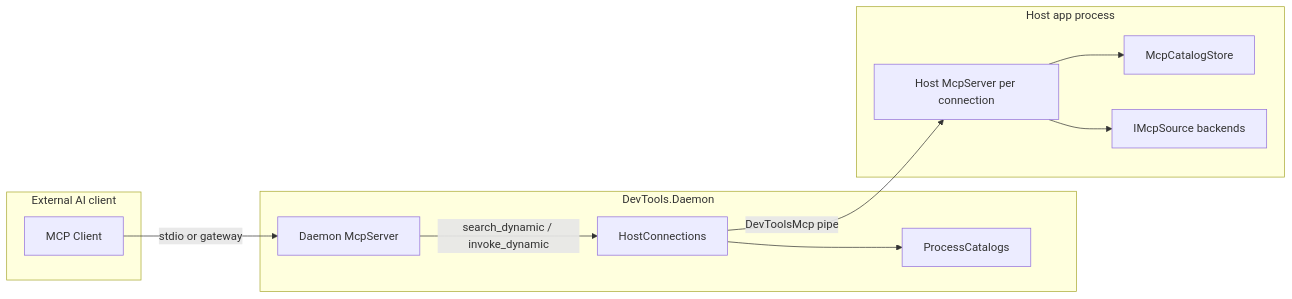
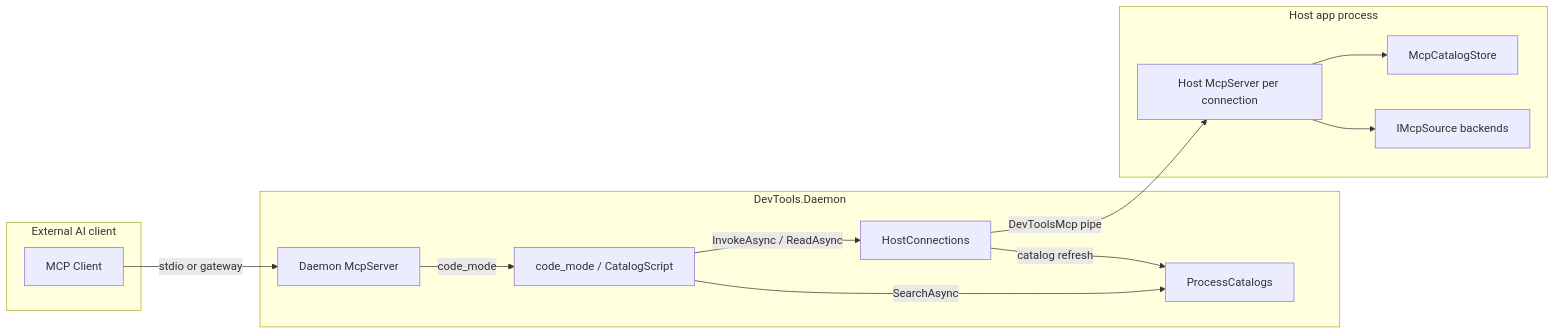
One commit to trgiangv/RevitDevTool changed the diagram in docs/architecture/MCP/README.md. Above: the diagram before and after it, drawn with Mermaid. The commit also changed other lines of this file and 16 other files, not shown here.

First line of the commit message:
feat(mcp): rank catalog search with schema coverage and BM25F

````diff
--- a/docs/architecture/MCP/README.md
+++ b/docs/architecture/MCP/README.md
@@ -26,25 +29,28 @@
 ```mermaid
 flowchart LR
   subgraph external [External AI client]
     Client[MCP Client]
   end
 
   subgraph daemonProc [DevTools.Daemon]
     DaemonSrv[Daemon McpServer]
+    Program[code_mode / CatalogScript]
     Sessions[HostConnections]
     Catalog[ProcessCatalogs]
   end
 
   subgraph hostProc [Host app process]
     HostSrv[Host McpServer per connection]
     Store[McpCatalogStore]
     Sources[IMcpSource backends]
   end
 
   Client -->|"stdio or gateway"| DaemonSrv
-  DaemonSrv -->|"search_dynamic / invoke_dynamic"| Sessions
-  Sessions --> Catalog
+  DaemonSrv -->|"code_mode"| Program
+  Program -->|"SearchAsync"| Catalog
+  Program -->|"InvokeAsync / ReadAsync"| Sessions
+  Sessions -->|"catalog refresh"| Catalog
   Sessions -->|"DevToolsMcp pipe"| HostSrv
   HostSrv --> Store
   HostSrv --> Sources
 ```
````
